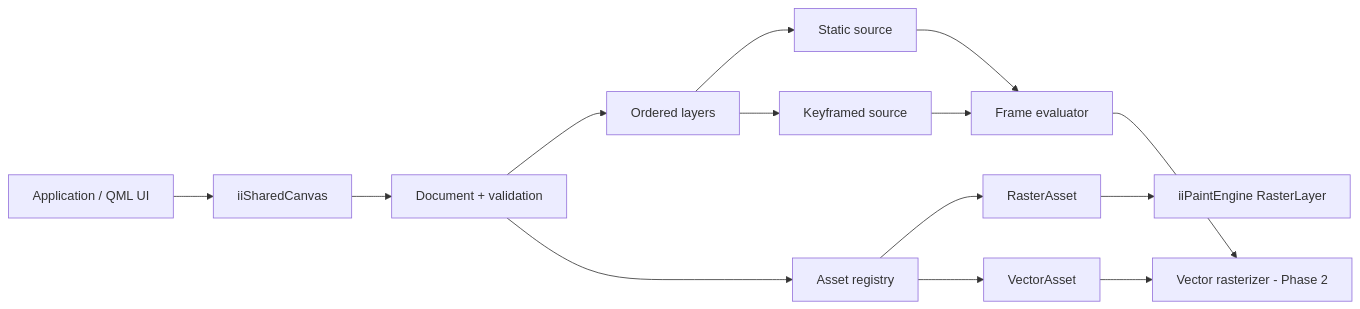
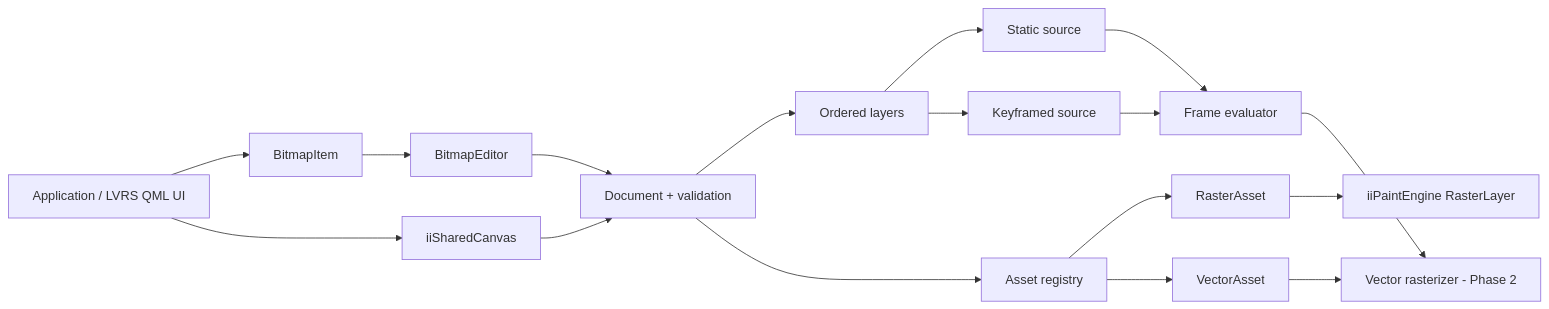
The diagram in docs/BLUEPRINT.md (iisacc-Justmoong/iiSharedCanvas), drawn with Mermaid before and after one commit. The commit also changed other lines of this file and 17 other files, not shown here.

```diff
--- a/docs/BLUEPRINT.md
+++ b/docs/BLUEPRINT.md
@@ -19,16 +19,19 @@
 ~~~mermaid
 flowchart LR
-    APP["Application / QML UI"] --> ISC["iiSharedCanvas"]
+    APP["Application / LVRS QML UI"] --> ITEM["BitmapItem"]
+    APP --> ISC["iiSharedCanvas"]
+    ITEM --> EDIT["BitmapEditor"]
+    EDIT --> DOC
     ISC --> DOC["Document + validation"]
     DOC --> STACK["Ordered layers"]
     DOC --> ASSETS["Asset registry"]
     STACK --> STATIC["Static source"]
     STACK --> ANIM["Keyframed source"]
     ASSETS --> RASTER["RasterAsset"]
     ASSETS --> VECTOR["VectorAsset"]
     RASTER --> IIPE["iiPaintEngine RasterLayer"]
     ANIM --> EVAL["Frame evaluator"]
     STATIC --> EVAL
     VECTOR --> FUTURE["Vector rasterizer - Phase 2"]
     EVAL --> FUTURE
 ~~~
```
